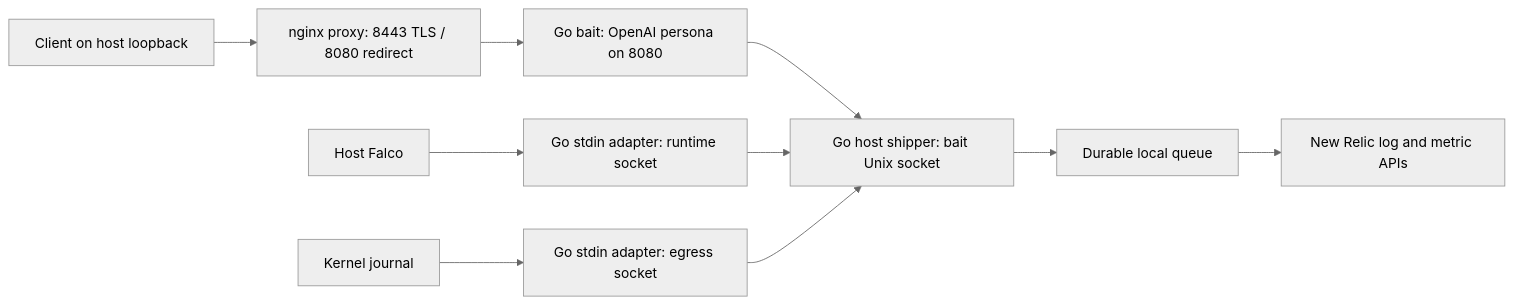
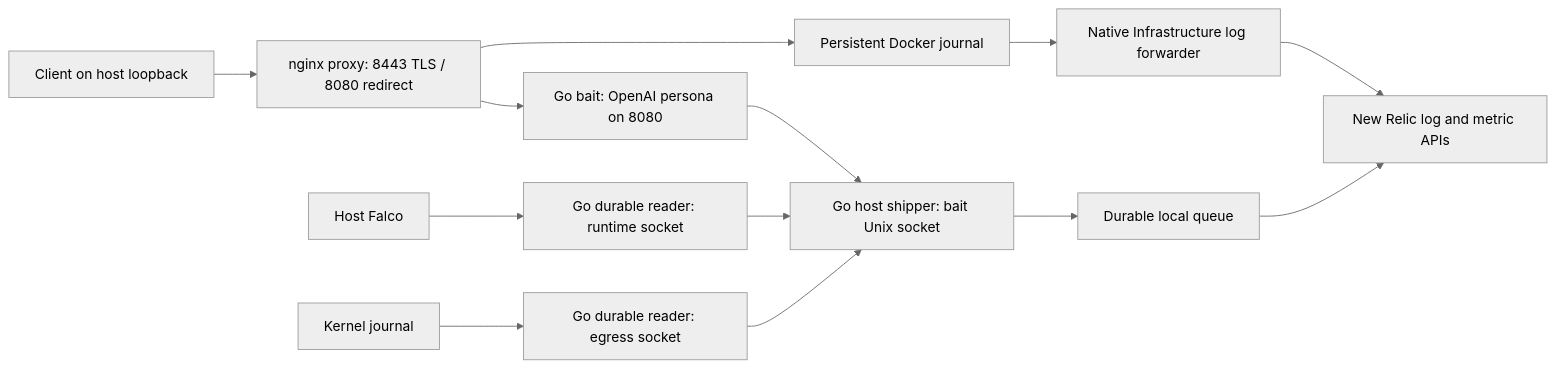
Before and after one commit to caretak3r/attack-box: the first of 2 diagrams in docs/architecture.md, drawn with Mermaid (neutral theme). The commit also changed other lines of this file and 102 other files, not shown here.

````diff
--- a/docs/architecture.md
+++ b/docs/architecture.md
@@ -15,12 +15,15 @@
 ```mermaid
 flowchart LR
     C[Client on host loopback] --> P[nginx proxy: 8443 TLS / 8080 redirect]
     P --> B[Go bait: OpenAI persona on 8080]
     B --> S[Go host shipper: bait Unix socket]
-    F[Host Falco] --> R[Go stdin adapter: runtime socket]
-    J[Kernel journal] --> E[Go stdin adapter: egress socket]
+    F[Host Falco] --> R[Go durable reader: runtime socket]
+    J[Kernel journal] --> E[Go durable reader: egress socket]
     R --> S
     E --> S
     S --> Q[Durable local queue]
     Q --> N[New Relic log and metric APIs]
+    P --> DJ[Persistent Docker journal]
+    DJ --> NI[Native Infrastructure log forwarder]
+    NI --> N
 ```
````
